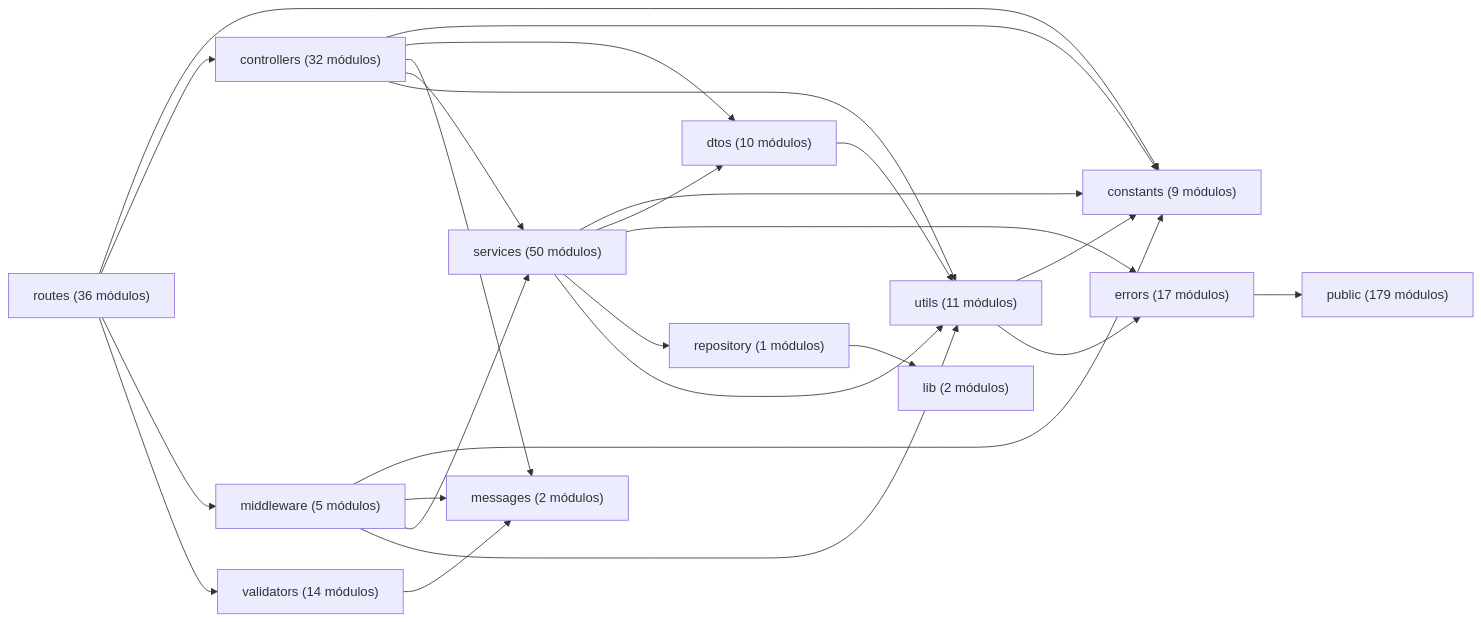
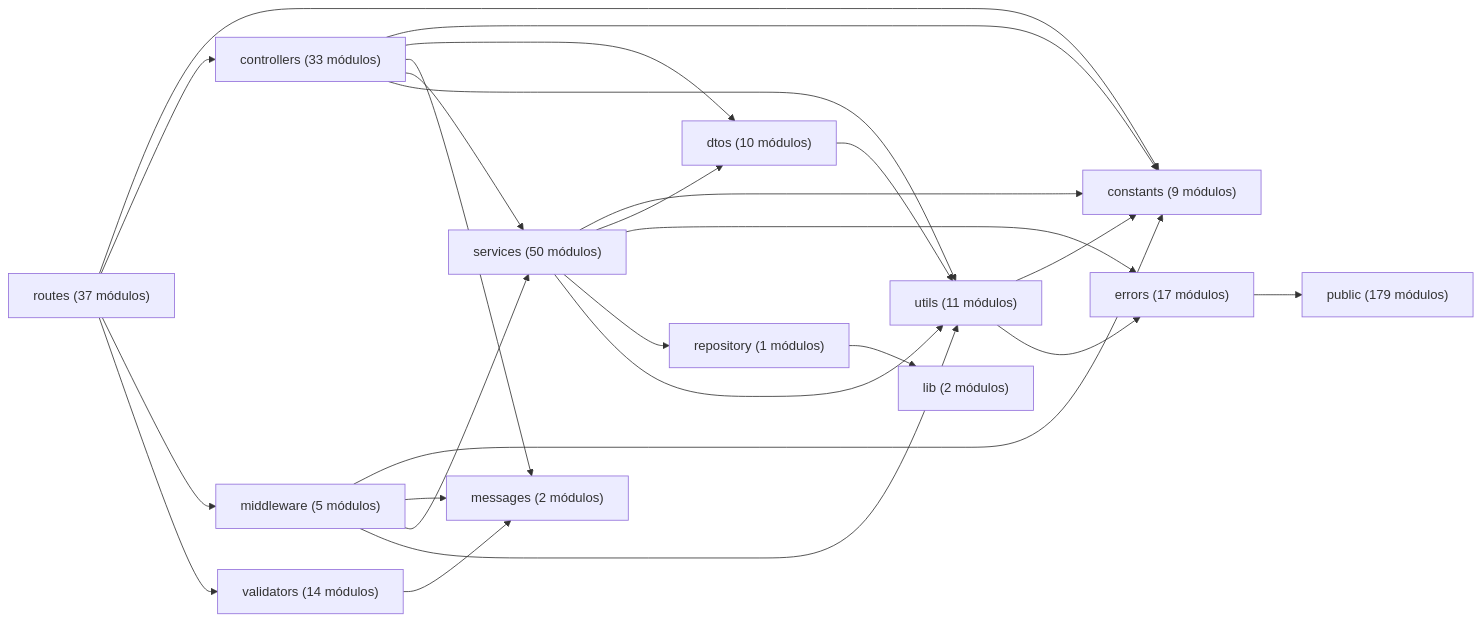
One commit to gpgsistemas01/nexus changed the diagram in docs/generated/code-map.md. Above: the diagram before and after it, drawn with Mermaid. The commit also changed other lines of this file and 6 other files, not shown here.

````diff
--- a/docs/generated/code-map.md
+++ b/docs/generated/code-map.md
@@ -15,27 +15,27 @@
 ```mermaid
 flowchart LR
-    controllers["controllers (32 módulos)"] --> constants["constants (9 módulos)"]
-    controllers["controllers (32 módulos)"] --> dtos["dtos (10 módulos)"]
-    controllers["controllers (32 módulos)"] --> messages["messages (2 módulos)"]
-    controllers["controllers (32 módulos)"] --> services["services (50 módulos)"]
-    controllers["controllers (32 módulos)"] --> utils["utils (11 módulos)"]
+    controllers["controllers (33 módulos)"] --> constants["constants (9 módulos)"]
+    controllers["controllers (33 módulos)"] --> dtos["dtos (10 módulos)"]
+    controllers["controllers (33 módulos)"] --> messages["messages (2 módulos)"]
+    controllers["controllers (33 módulos)"] --> services["services (50 módulos)"]
+    controllers["controllers (33 módulos)"] --> utils["utils (11 módulos)"]
     dtos["dtos (10 módulos)"] --> utils["utils (11 módulos)"]
     errors["errors (17 módulos)"] --> public["public (179 módulos)"]
     middleware["middleware (5 módulos)"] --> constants["constants (9 módulos)"]
     middleware["middleware (5 módulos)"] --> messages["messages (2 módulos)"]
     middleware["middleware (5 módulos)"] --> services["services (50 módulos)"]
     middleware["middleware (5 módulos)"] --> utils["utils (11 módulos)"]
     repository["repository (1 módulos)"] --> lib["lib (2 módulos)"]
-    routes["routes (36 módulos)"] --> constants["constants (9 módulos)"]
-    routes["routes (36 módulos)"] --> controllers["controllers (32 módulos)"]
-    routes["routes (36 módulos)"] --> middleware["middleware (5 módulos)"]
-    routes["routes (36 módulos)"] --> validators["validators (14 módulos)"]
+    routes["routes (37 módulos)"] --> constants["constants (9 módulos)"]
+    routes["routes (37 módulos)"] --> controllers["controllers (33 módulos)"]
+    routes["routes (37 módulos)"] --> middleware["middleware (5 módulos)"]
+    routes["routes (37 módulos)"] --> validators["validators (14 módulos)"]
     services["services (50 módulos)"] --> constants["constants (9 módulos)"]
     services["services (50 módulos)"] --> dtos["dtos (10 módulos)"]
     services["services (50 módulos)"] --> errors["errors (17 módulos)"]
     services["services (50 módulos)"] --> repository["repository (1 módulos)"]
     services["services (50 módulos)"] --> utils["utils (11 módulos)"]
     utils["utils (11 módulos)"] --> constants["constants (9 módulos)"]
     utils["utils (11 módulos)"] --> errors["errors (17 módulos)"]
     validators["validators (14 módulos)"] --> messages["messages (2 módulos)"]
 ```
````
